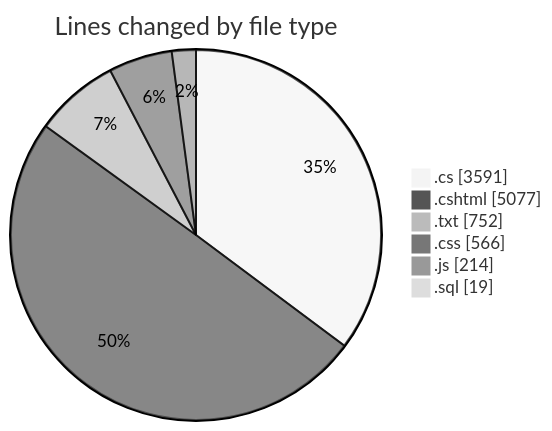
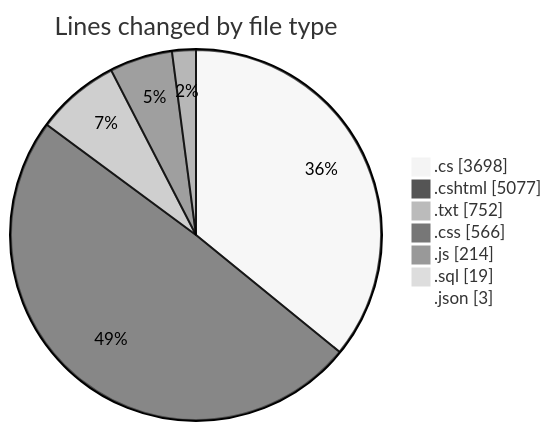
The first of 2 diagrams in 2025-07-28/quanlyrapchieuphim-1/README.md (lephambinh05/code-tracking), drawn with Mermaid (neutral theme) before and after one commit. The commit also changed other lines of this file and 1 other file, not shown here.

````diff
--- a/2025-07-28/quanlyrapchieuphim-1/README.md
+++ b/2025-07-28/quanlyrapchieuphim-1/README.md
@@ -46,10 +47,11 @@
 ```mermaid
 pie showData
 title Lines changed by file type
-".cs" : 3591
+".cs" : 3698
 ".cshtml" : 5077
 ".txt" : 752
 ".css" : 566
 ".js" : 214
 ".sql" : 19
+".json" : 3
 ```
````
